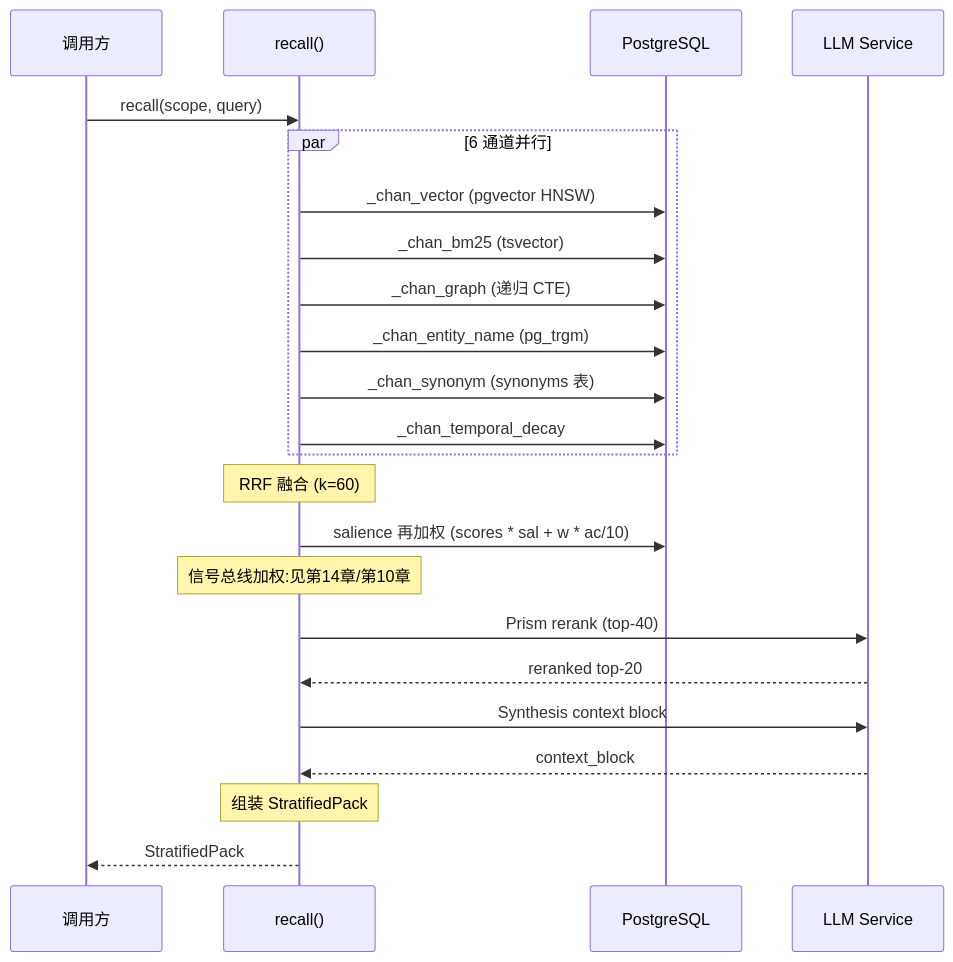
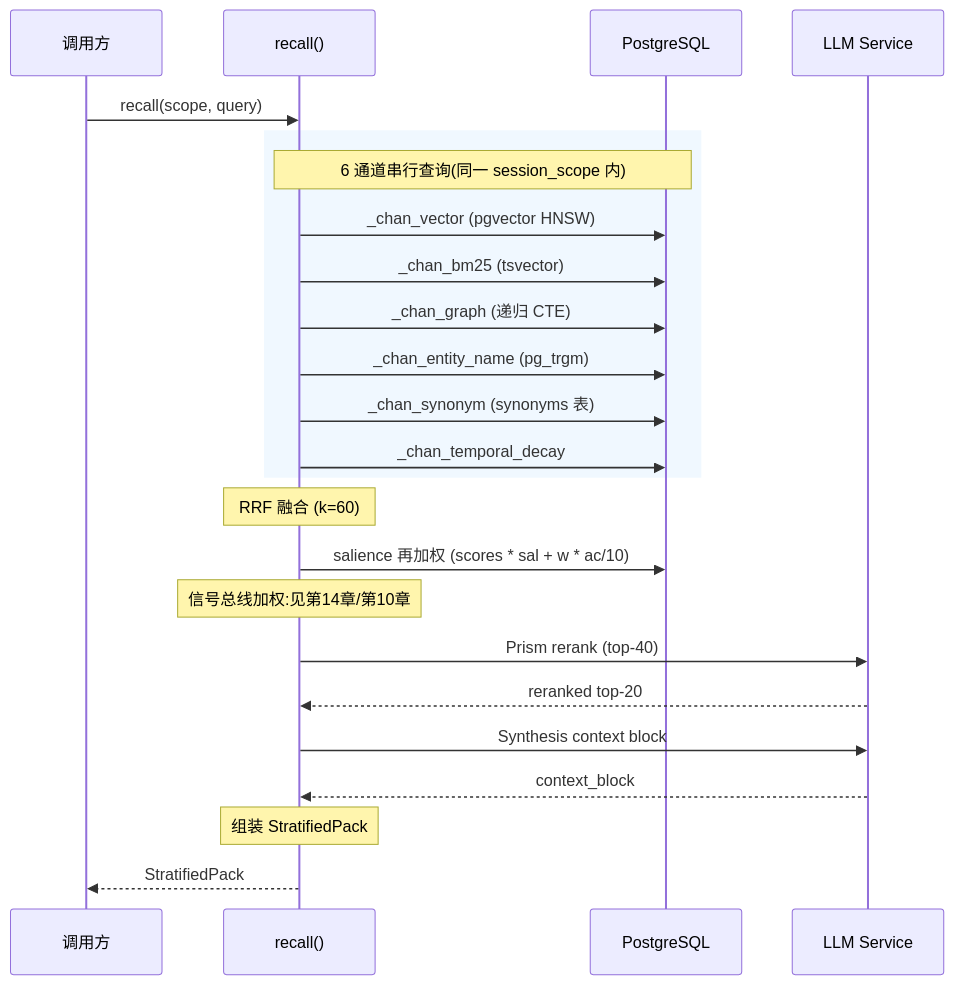
One commit to pty819/cortex-py-book changed the second of 2 diagrams in source/chapters/16-rrf-fusion.md. Above: the diagram before and after it, drawn with Mermaid. The commit also changed other lines of this file and 8 other files, not shown here.

````diff
--- a/source/chapters/16-rrf-fusion.md
+++ b/source/chapters/16-rrf-fusion.md
@@ -119,33 +119,34 @@
 ```{mermaid}
 sequenceDiagram
     participant C as 调用方
     participant R as recall()
     participant DB as PostgreSQL
     participant LLM as LLM Service
     
     C->>R: recall(scope, query)
     
-    par 6 通道并行
+    rect rgb(240,248,255)
+        Note over R,DB: 6 通道串行查询(同一 session_scope 内)
         R->>DB: _chan_vector (pgvector HNSW)
         R->>DB: _chan_bm25 (tsvector)
         R->>DB: _chan_graph (递归 CTE)
         R->>DB: _chan_entity_name (pg_trgm)
         R->>DB: _chan_synonym (synonyms 表)
         R->>DB: _chan_temporal_decay
     end
     
     Note over R: RRF 融合 (k=60)
 
     R->>DB: salience 再加权 (scores * sal + w * ac/10)
     Note over R: 信号总线加权:见第14章/第10章
 
     R->>LLM: Prism rerank (top-40)
     LLM-->>R: reranked top-20
     
     R->>LLM: Synthesis context block
     LLM-->>R: context_block
     
     Note over R: 组装 StratifiedPack
     
     R-->>C: StratifiedPack
 ```
````
